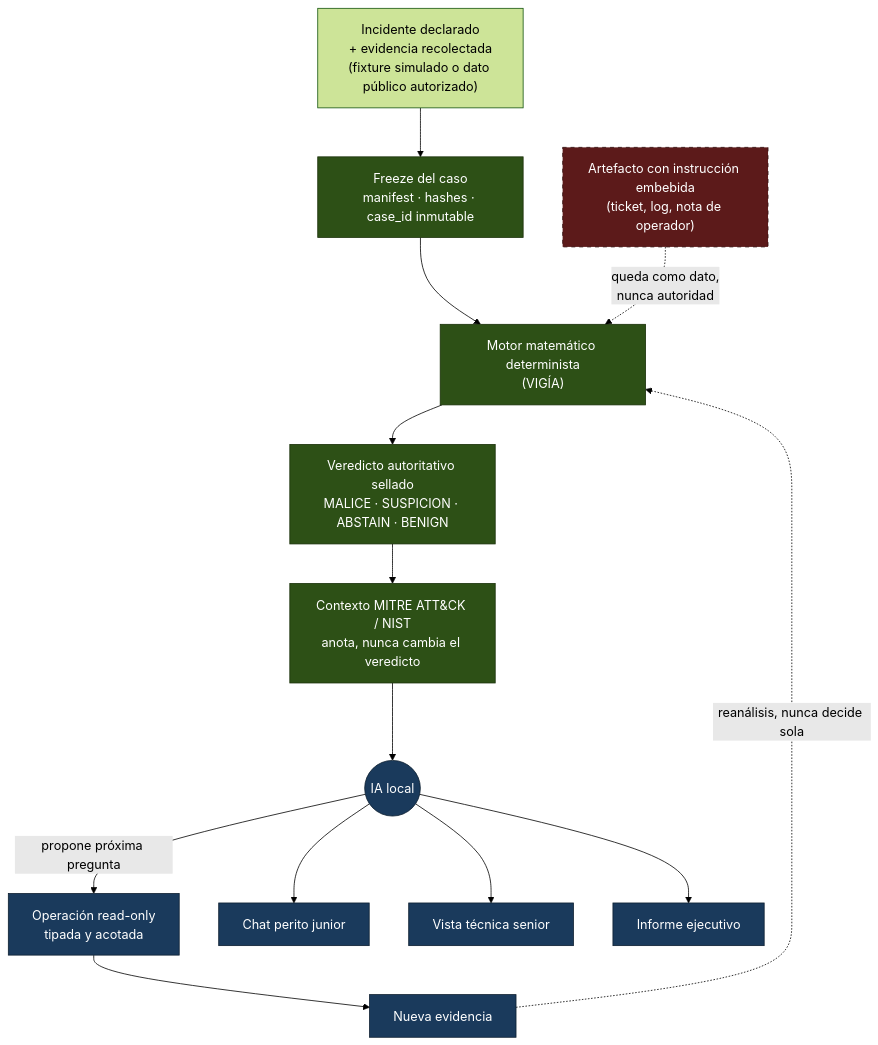
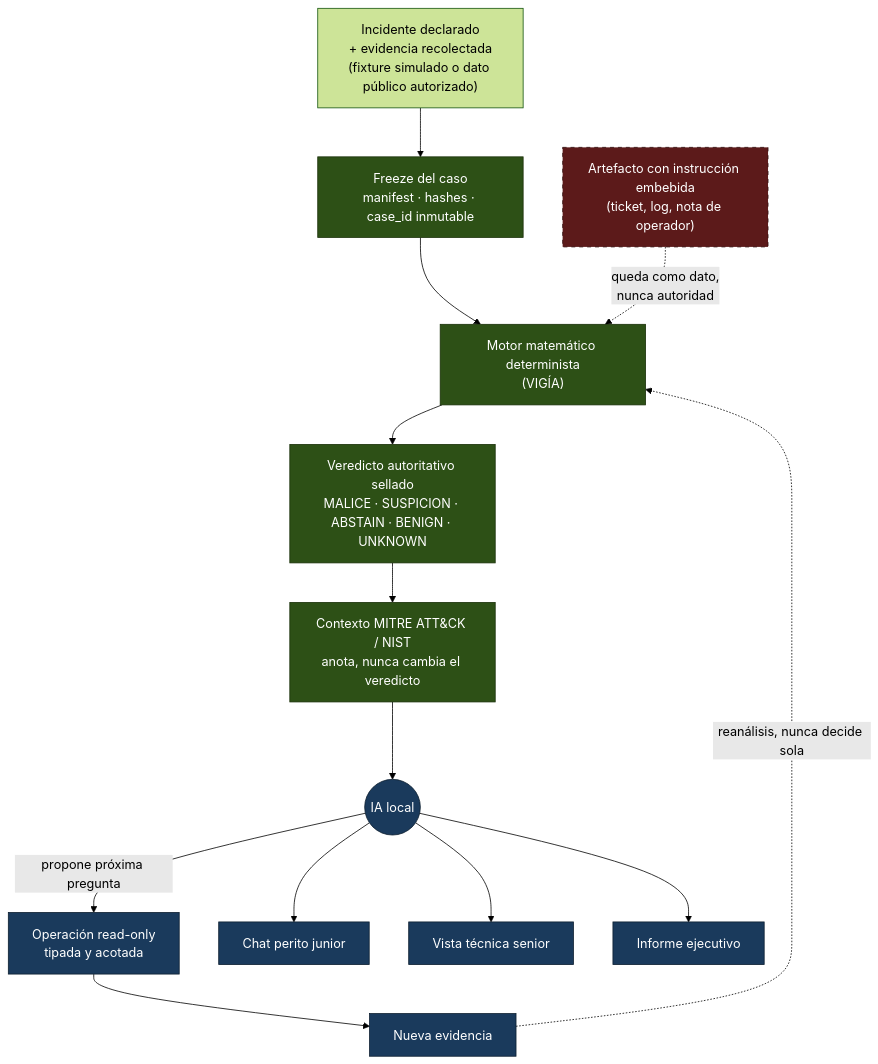
The diagram in README.md (annatchijova/zaynor), drawn with Mermaid (forest theme) before and after one commit. The commit also changed other lines of this file and 1 other file, not shown here.

````diff
--- a/README.md
+++ b/README.md
@@ -129,23 +132,23 @@
 ```mermaid
 flowchart TD
     A["Incidente declarado<br/>+ evidencia recolectada<br/>(fixture simulado o dato público autorizado)"] --> B["Freeze del caso<br/>manifest · hashes · case_id inmutable"]
     B --> C["Motor matemático determinista<br/>(VIGÍA)"]
-    C --> D["Veredicto autoritativo sellado<br/>MALICE · SUSPICION · ABSTAIN · BENIGN"]
+    C --> D["Veredicto autoritativo sellado<br/>MALICE · SUSPICION · ABSTAIN · BENIGN · UNKNOWN"]
     D --> E["Contexto MITRE ATT&CK / NIST<br/>anota, nunca cambia el veredicto"]
     E --> F(("IA local"))
     F -->|propone próxima pregunta| G["Operación read-only<br/>tipada y acotada"]
     G --> H["Nueva evidencia"]
     H -.->|reanálisis, nunca decide sola| C
     F --> I["Chat perito junior"]
     F --> J["Vista técnica senior"]
     F --> K["Informe ejecutivo"]
 
     X["Artefacto con instrucción embebida<br/>(ticket, log, nota de operador)"] -. queda como dato,<br/>nunca autoridad .-> C
 
     classDef authoritative fill:#2d5016,stroke:#1a3009,color:#fff
     classDef ai fill:#1a3a5c,stroke:#0d1f30,color:#fff
     classDef adversarial fill:#5c1a1a,stroke:#300d0d,color:#fff,stroke-dasharray: 5 5
     class B,C,D,E authoritative
     class F,G,H,I,J,K ai
     class X adversarial
 ```
````
